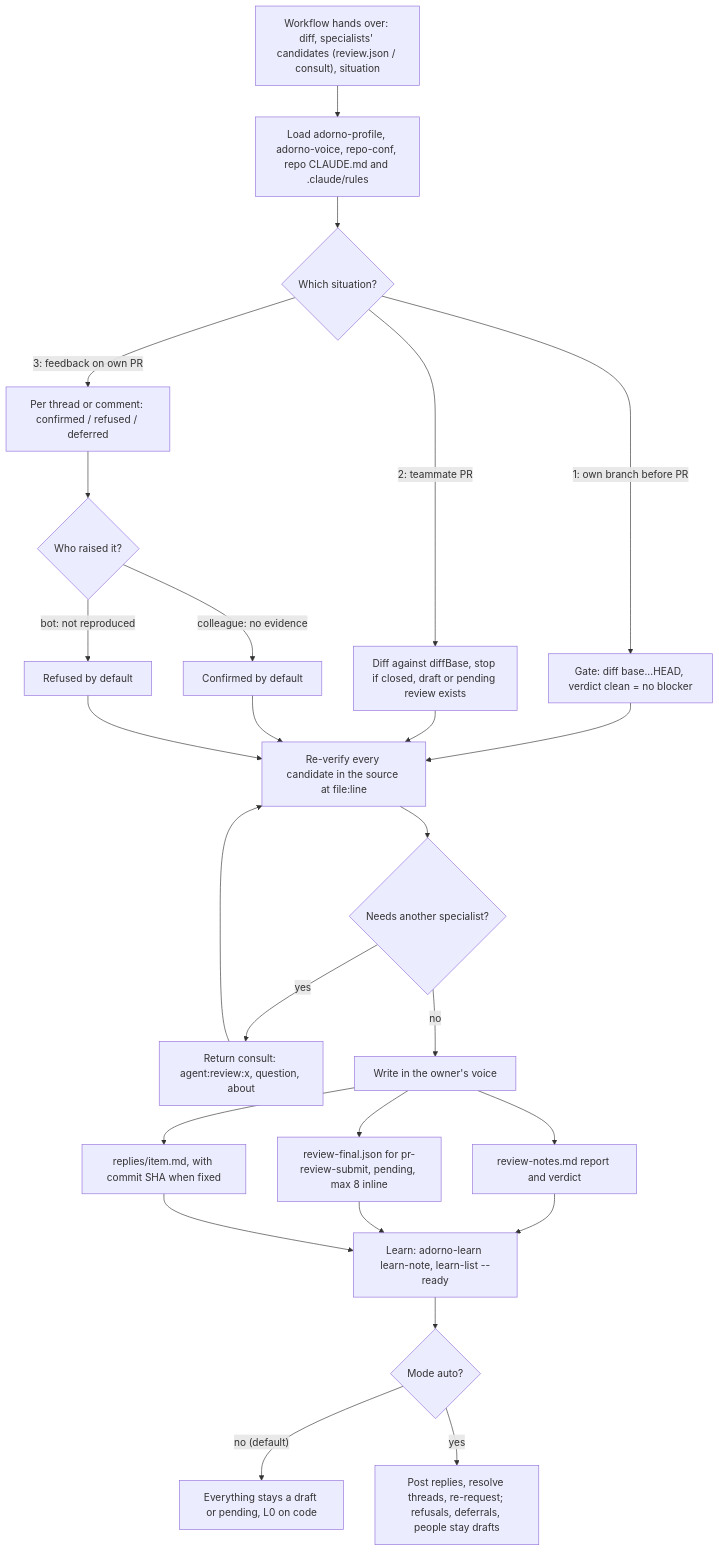
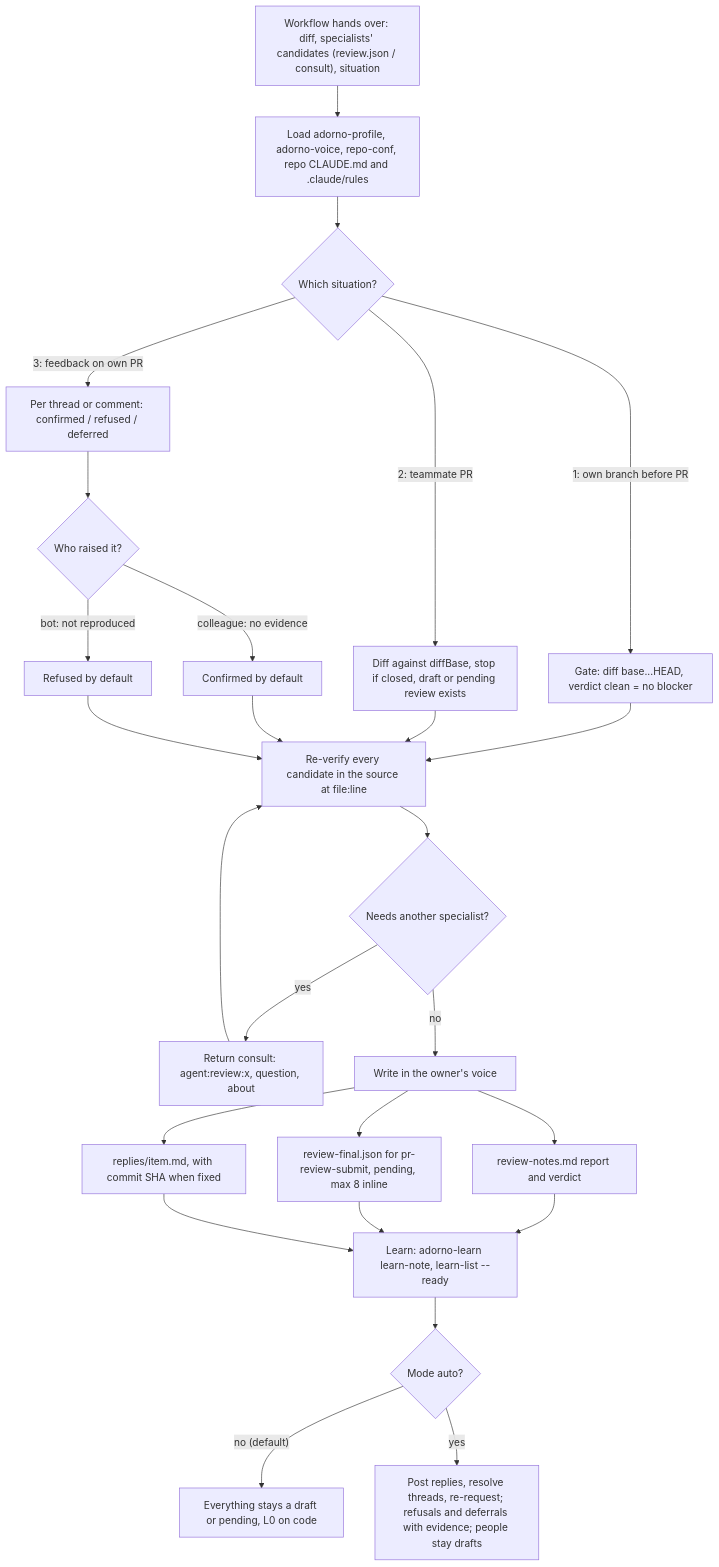
The diagram in src/agents/SCHEMA.md (nicolasmondain/adorno), drawn with Mermaid before and after one commit. The commit also changed 16 other files, not shown here.

````diff
--- a/src/agents/SCHEMA.md
+++ b/src/agents/SCHEMA.md
@@ -3,28 +3,28 @@
 ```mermaid
 flowchart TD
   A["Workflow hands over: diff, specialists' candidates (review.json / consult), situation"] --> B["Load adorno-profile, adorno-voice, repo-conf, repo CLAUDE.md and .claude/rules"]
   B --> C{"Which situation?"}
   C -->|"1: own branch before PR"| S1["Gate: diff base...HEAD, verdict clean = no blocker"]
   C -->|"2: teammate PR"| S2["Diff against diffBase, stop if closed, draft or pending review exists"]
   C -->|"3: feedback on own PR"| S3["Per thread or comment: confirmed / refused / deferred"]
   S1 --> V["Re-verify every candidate in the source at file:line"]
   S2 --> V
   S3 --> W{"Who raised it?"}
   W -->|"colleague: no evidence"| CF["Confirmed by default"]
   W -->|"bot: not reproduced"| RF["Refused by default"]
   CF --> V
   RF --> V
   V --> Q{"Needs another specialist?"}
   Q -->|"yes"| CO["Return consult: agent:review:x, question, about"]
   CO --> V
   Q -->|"no"| O["Write in the owner's voice"]
   O --> R["review-notes.md report and verdict"]
   O --> P["review-final.json for pr-review-submit, pending, max 8 inline"]
   O --> RP["replies/item.md, with commit SHA when fixed"]
   R --> L["Learn: adorno-learn learn-note, learn-list --ready"]
   P --> L
   RP --> L
   L --> M{"Mode auto?"}
   M -->|"no (default)"| D["Everything stays a draft or pending, L0 on code"]
-  M -->|"yes"| PU["Post replies, resolve threads, re-request; refusals, deferrals, people stay drafts"]
+  M -->|"yes"| PU["Post replies, resolve threads, re-request; refusals and deferrals with evidence; people stay drafts"]
 ```
````
